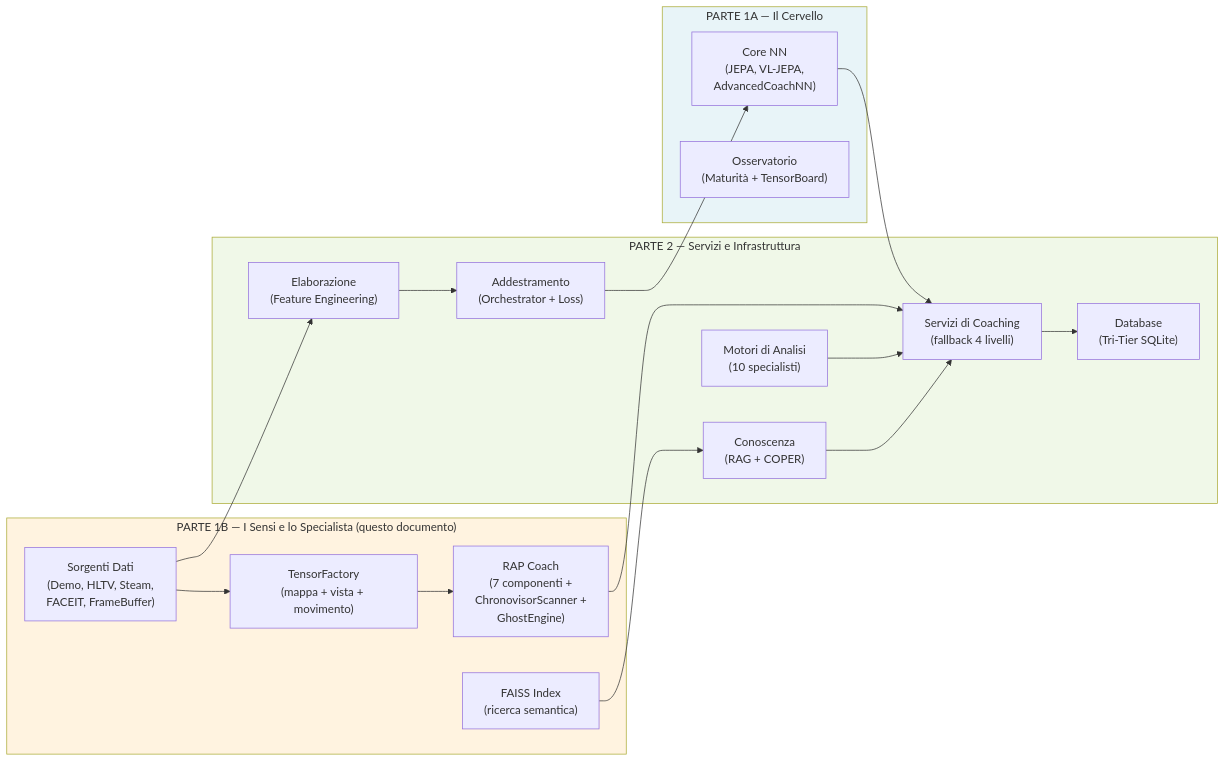
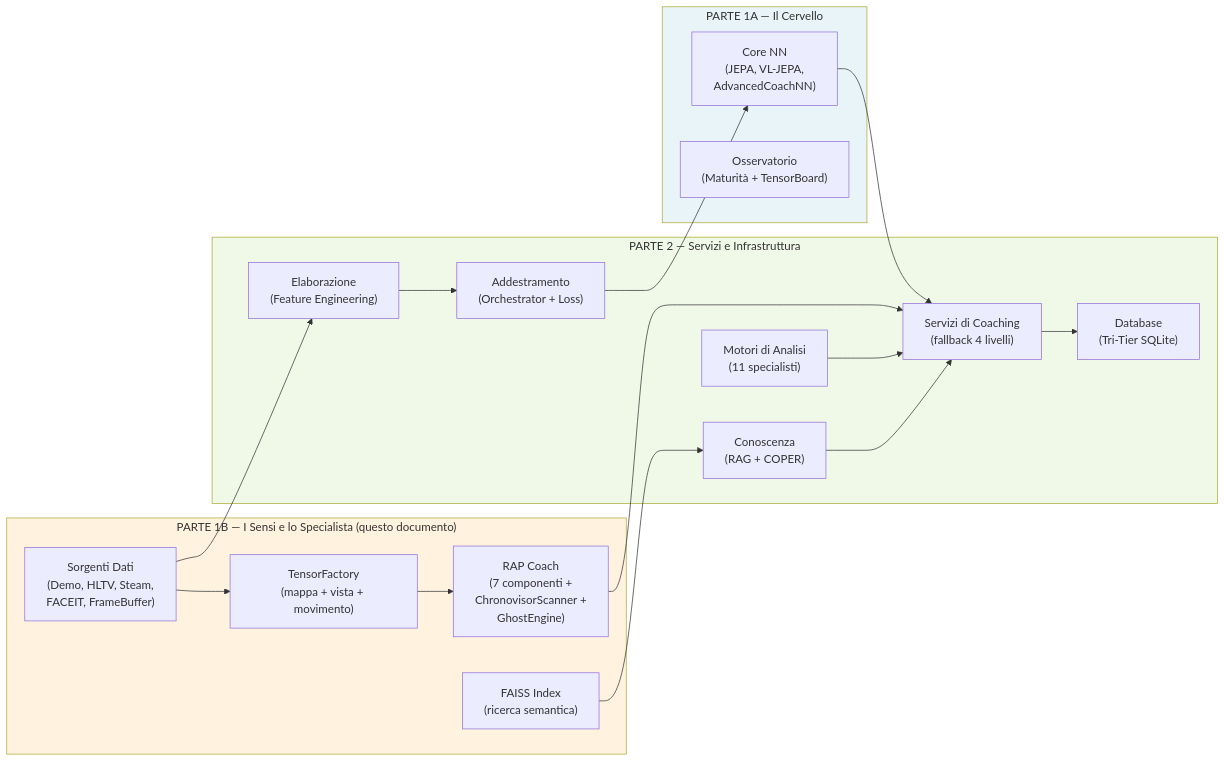
One commit to renanaugustomacena-ux/Counter-Strike-coach-AI changed diagram 17 of 17 in docs/books/Book-Coach-1B.md. Above: the diagram before and after it, drawn with Mermaid. The commit also changed other lines of this file and 1 other file, not shown here.

````diff
--- a/docs/books/Book-Coach-1B.md
+++ b/docs/books/Book-Coach-1B.md
@@ -1140,37 +1140,37 @@
 ```mermaid
 flowchart LR
     subgraph PARTE1A["PARTE 1A — Il Cervello"]
         NN["Core NN<br/>(JEPA, VL-JEPA,<br/>AdvancedCoachNN)"]
         OBS["Osservatorio<br/>(Maturità + TensorBoard)"]
     end
     subgraph PARTE1B["PARTE 1B — I Sensi e lo Specialista (questo documento)"]
         DS["Sorgenti Dati<br/>(Demo, HLTV, Steam,<br/>FACEIT, FrameBuffer)"]
         TF["TensorFactory<br/>(mappa + vista + movimento)"]
         FAISS_P1["FAISS Index<br/>(ricerca semantica)"]
         RAP["RAP Coach<br/>(7 componenti +<br/>ChronovisorScanner +<br/>GhostEngine)"]
     end
     subgraph PARTE2["PARTE 2 — Servizi e Infrastruttura"]
         SVC["Servizi di Coaching<br/>(fallback 4 livelli)"]
-        ANL["Motori di Analisi<br/>(10 specialisti)"]
+        ANL["Motori di Analisi<br/>(11 specialisti)"]
         KB["Conoscenza<br/>(RAG + COPER)"]
         PROC["Elaborazione<br/>(Feature Engineering)"]
         DB["Database<br/>(Tri-Tier SQLite)"]
         TRAIN["Addestramento<br/>(Orchestrator + Loss)"]
     end
 
     DS --> PROC
     DS --> TF
     TF --> RAP
     FAISS_P1 --> KB
     NN --> SVC
     RAP --> SVC
     PROC --> TRAIN
     TRAIN --> NN
     ANL --> SVC
     KB --> SVC
     SVC --> DB
 
     style PARTE1A fill:#e8f4f8
     style PARTE1B fill:#fff3e0
     style PARTE2 fill:#f0f8e8
 ```
````
